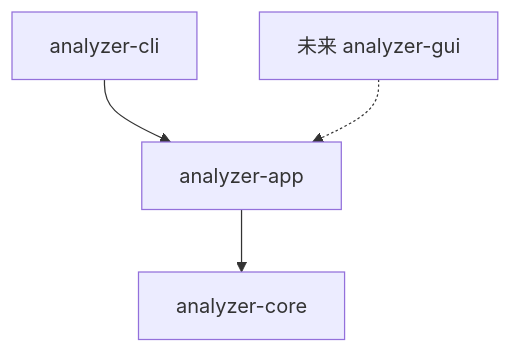
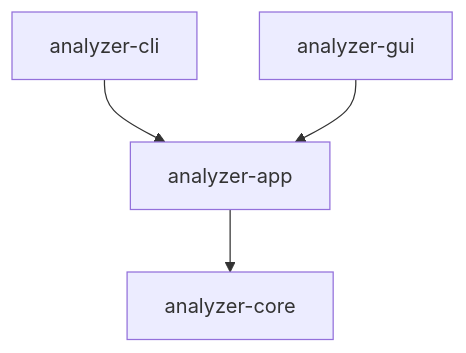
One commit to MoShouSecurity/easy_analyzer changed the diagram in docs/ARCHITECTURE.md. Above: the diagram before and after it, drawn with Mermaid. The commit also changed other lines of this file and 71 other files, not shown here.

````diff
--- a/docs/ARCHITECTURE.md
+++ b/docs/ARCHITECTURE.md
@@ -5,6 +5,6 @@
 ```mermaid
 flowchart TD
     CLI[analyzer-cli] --> APP[analyzer-app]
-    GUI[未来 analyzer-gui] -.-> APP
+    GUI[analyzer-gui] --> APP
     APP --> CORE[analyzer-core]
 ```
````
